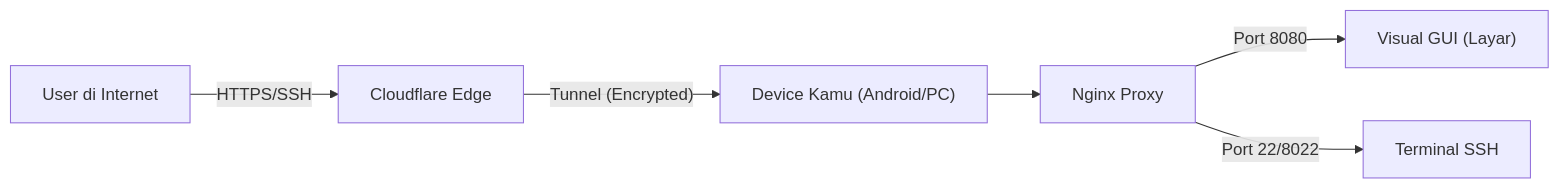
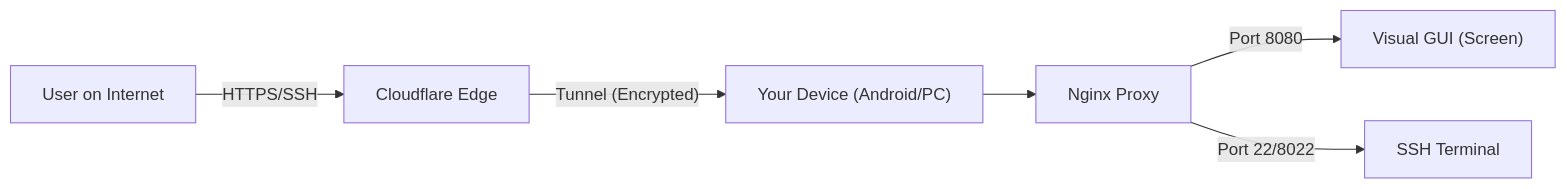
The diagram in readme.md (Undergraduate-Code/zero-to-server), drawn with Mermaid before and after one commit. The commit also changed other lines of this file and 15 other files, not shown here.

````diff
--- a/readme.md
+++ b/readme.md
@@ -84,9 +74,9 @@
 ```mermaid
 graph LR
-    User["User di Internet"] -- "HTTPS/SSH" --> CF["Cloudflare Edge"]
-    CF -- "Tunnel (Encrypted)" --> LocalDevice["Device Kamu (Android/PC)"]
+    User["User on Internet"] -- "HTTPS/SSH" --> CF["Cloudflare Edge"]
+    CF -- "Tunnel (Encrypted)" --> LocalDevice["Your Device (Android/PC)"]
     LocalDevice --> Nginx["Nginx Proxy"]
-    Nginx -- "Port 8080" --> VNC["Visual GUI (Layar)"]
-    Nginx -- "Port 22/8022" --> SSH["Terminal SSH"]
+    Nginx -- "Port 8080" --> VNC["Visual GUI (Screen)"]
+    Nginx -- "Port 22/8022" --> SSH["SSH Terminal"]
 
 ```
````
